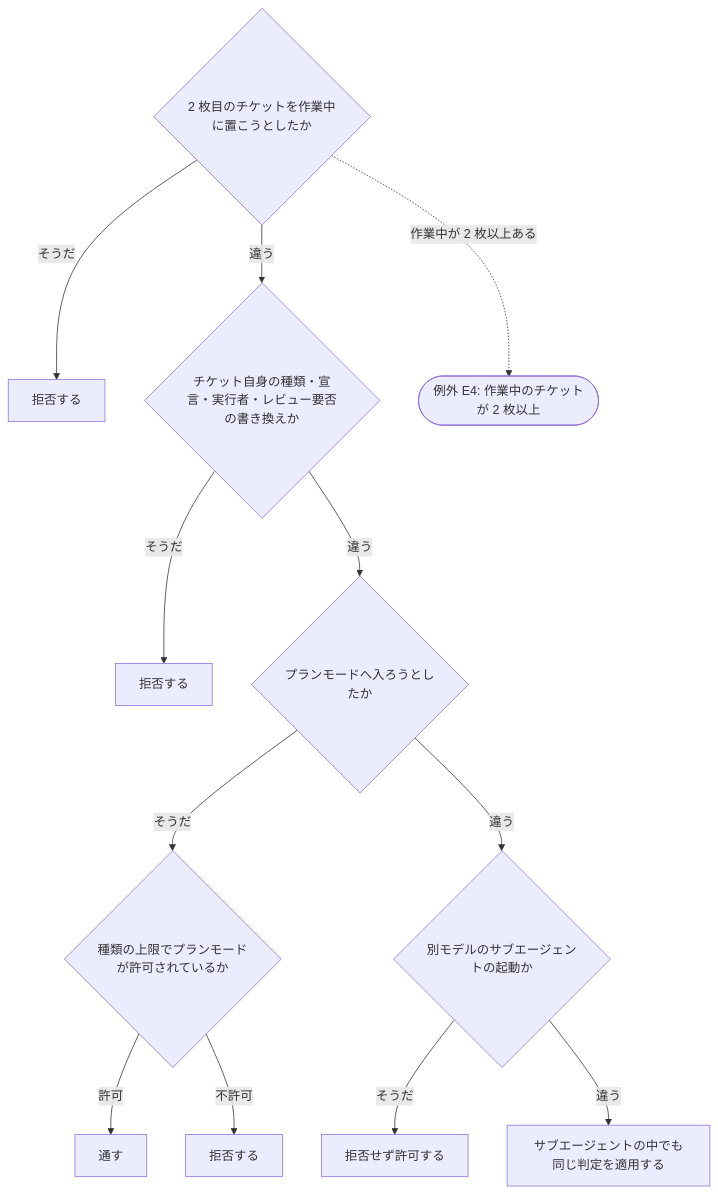
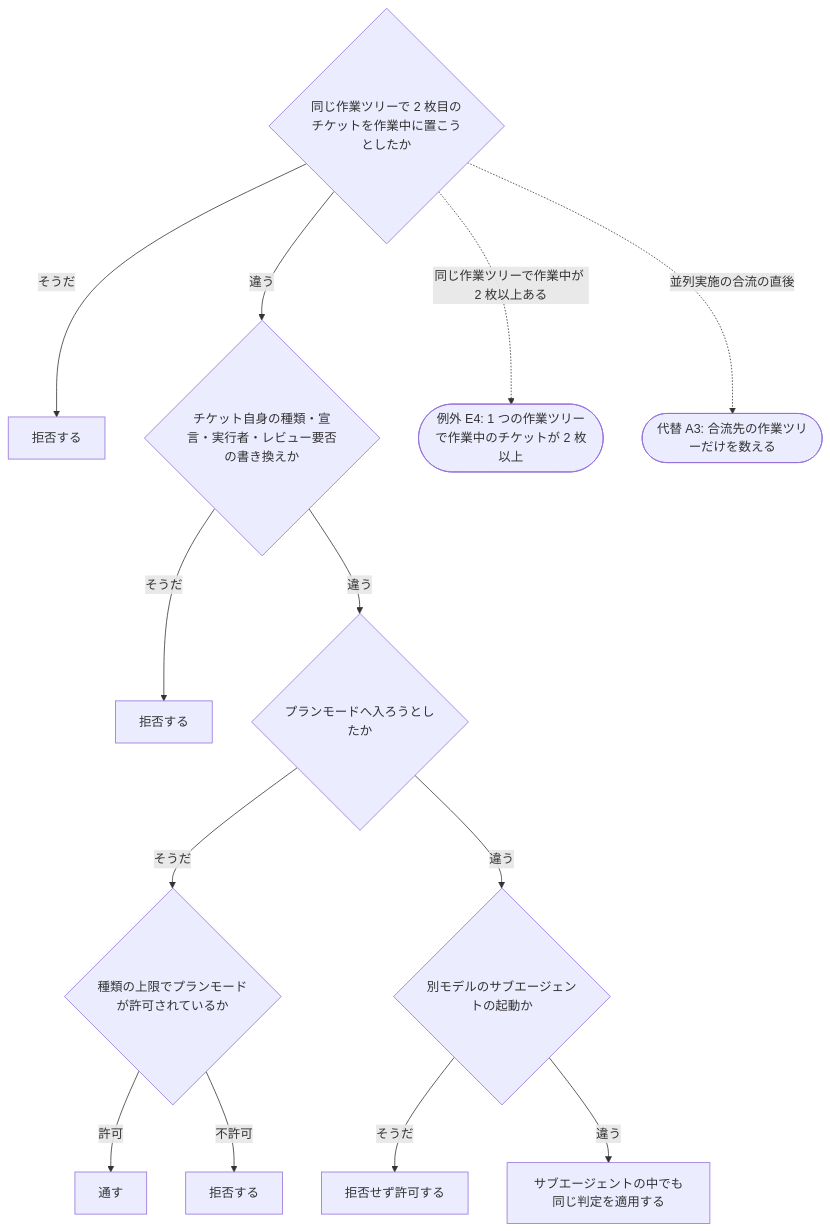
The fifth of 5 diagrams in .claude/docs/00_requirement/hooks/20-PreToolUse/workflow-guard.md (yuki-matsu783/issue-mr-ticket-workflow), drawn with Mermaid before and after one commit. The commit also changed other lines of this file and 84 other files, not shown here.

````diff
--- a/.claude/docs/00_requirement/hooks/20-PreToolUse/workflow-guard.md
+++ b/.claude/docs/00_requirement/hooks/20-PreToolUse/workflow-guard.md
@@ -137,16 +152,18 @@
 ```mermaid
 flowchart TD
-  M31{2 枚目のチケットを作業中に置こうとしたか}
+  M31{同じ作業ツリーで 2 枚目のチケットを作業中に置こうとしたか}
   M31 -->|そうだ| M32[拒否する]
   M31 -->|違う| M33{チケット自身の種類・宣言・実行者・レビュー要否の書き換えか}
   M33 -->|そうだ| M34[拒否する]
   M33 -->|違う| M35{プランモードへ入ろうとしたか}
   M35 -->|そうだ| M36{種類の上限でプランモードが許可されているか}
   M36 -->|許可| M37[通す]
   M36 -->|不許可| M38[拒否する]
   M35 -->|違う| M39{別モデルのサブエージェントの起動か}
   M39 -->|そうだ| M40[拒否せず許可する]
   M39 -->|違う| M41[サブエージェントの中でも同じ判定を適用する]
-  M31 -.->|作業中が 2 枚以上ある| E4
-  E4([例外 E4: 作業中のチケットが 2 枚以上])
+  M31 -.->|同じ作業ツリーで作業中が 2 枚以上ある| E4
+  M31 -.->|並列実施の合流の直後| A3
+  A3([代替 A3: 合流先の作業ツリーだけを数える])
+  E4([例外 E4: 1 つの作業ツリーで作業中のチケットが 2 枚以上])
 ```
````
